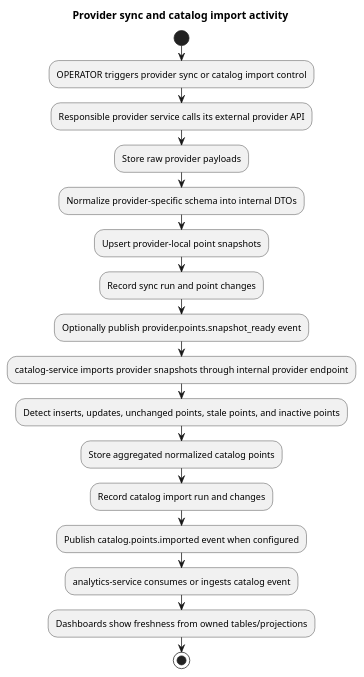
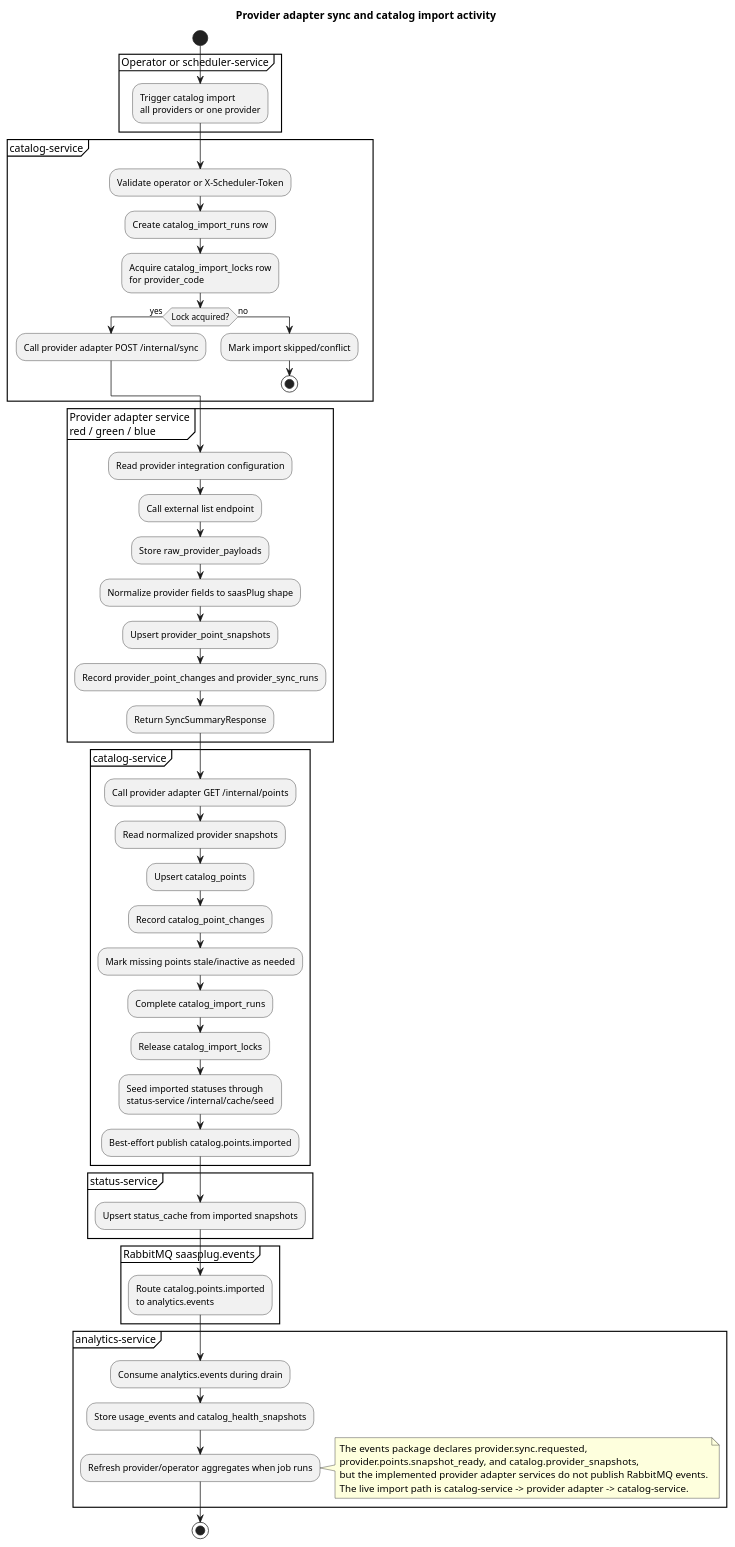
One commit to ntua-el21026/ntua-saasplug changed the diagram in docs/diagrams/final/activity-provider-sync.puml. Above: the diagram before and after it, drawn with PlantUML. The commit also changed 48 other files, not shown here.

Commit message:
Update diagrams and documentation

```diff
--- a/docs/diagrams/final/activity-provider-sync.puml
+++ b/docs/diagrams/final/activity-provider-sync.puml
@@ -1,21 +1,67 @@
 @startuml
-title Provider sync and catalog import activity
+title Provider adapter sync and catalog import activity
+skinparam shadowing false
 
 start
-:OPERATOR triggers provider sync or catalog import control;
-:Responsible provider service calls its external provider API;
-:Store raw provider payloads;
-:Normalize provider-specific schema into internal DTOs;
-:Upsert provider-local point snapshots;
-:Record sync run and point changes;
-:Optionally publish provider.points.snapshot_ready event;
-:catalog-service imports provider snapshots through internal provider endpoint;
-:Detect inserts, updates, unchanged points, stale points, and inactive points;
-:Store aggregated normalized catalog points;
-:Record catalog import run and changes;
-:Publish catalog.points.imported event when configured;
-:analytics-service consumes or ingests catalog event;
-:Dashboards show freshness from owned tables/projections;
+
+partition "Operator or scheduler-service" {
+  :Trigger catalog import\nall providers or one provider;
+}
+
+partition "catalog-service" {
+  :Validate operator or X-Scheduler-Token;
+  :Create catalog_import_runs row;
+  :Acquire catalog_import_locks row\nfor provider_code;
+  if (Lock acquired?) then (yes)
+    :Call provider adapter POST /internal/sync;
+  else (no)
+    :Mark import skipped/conflict;
+    stop
+  endif
+}
+
+partition "Provider adapter service\nred / green / blue" {
+  :Read provider integration configuration;
+  :Call external list endpoint;
+  :Store raw_provider_payloads;
+  :Normalize provider fields to saasPlug shape;
+  :Upsert provider_point_snapshots;
+  :Record provider_point_changes and provider_sync_runs;
+  :Return SyncSummaryResponse;
+}
+
+partition "catalog-service" {
+  :Call provider adapter GET /internal/points;
+  :Read normalized provider snapshots;
+  :Upsert catalog_points;
+  :Record catalog_point_changes;
+  :Mark missing points stale/inactive as needed;
+  :Complete catalog_import_runs;
+  :Release catalog_import_locks;
+  :Seed imported statuses through\nstatus-service /internal/cache/seed;
+  :Best-effort publish catalog.points.imported;
+}
+
+partition "status-service" {
+  :Upsert status_cache from imported snapshots;
+}
+
+partition "RabbitMQ saasplug.events" {
+  :Route catalog.points.imported\nto analytics.events;
+}
+
+partition "analytics-service" {
+  :Consume analytics.events during drain;
+  :Store usage_events and catalog_health_snapshots;
+  :Refresh provider/operator aggregates when job runs;
+}
+
+note right
+The events package declares provider.sync.requested,
+provider.points.snapshot_ready, and catalog.provider_snapshots,
+but the implemented provider adapter services do not publish RabbitMQ events.
+The live import path is catalog-service -> provider adapter -> catalog-service.
+end note
+
 stop
-
 @enduml
```
